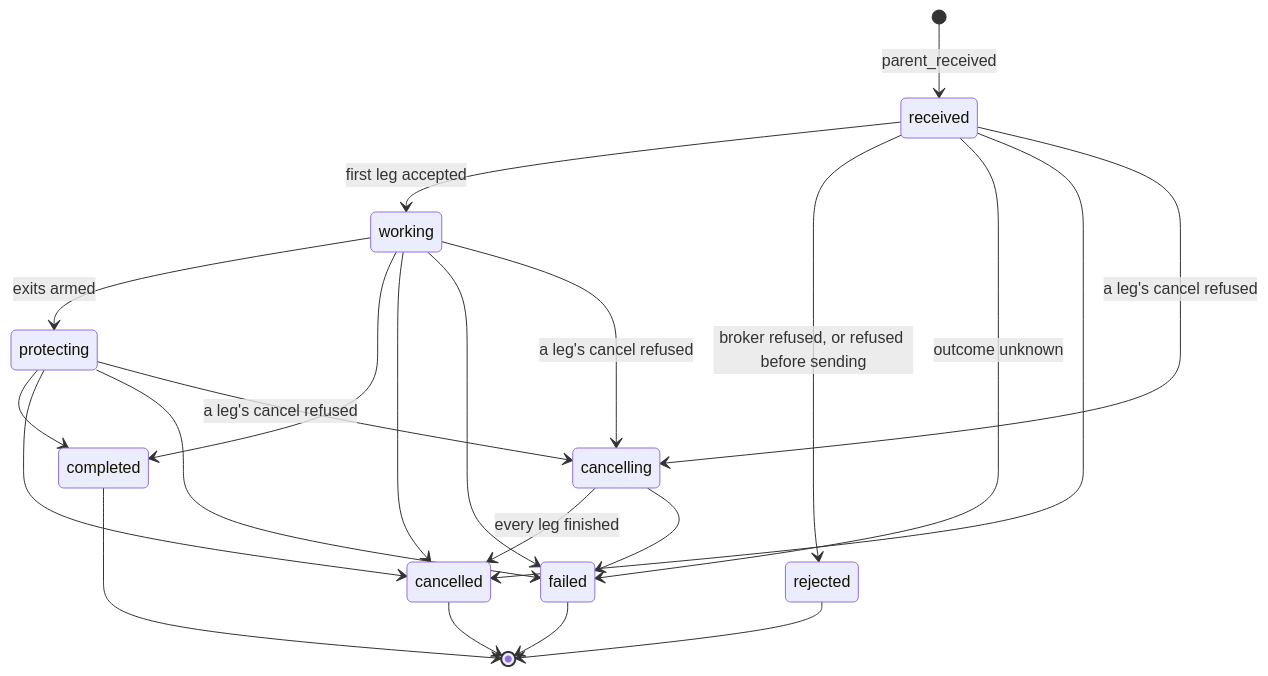
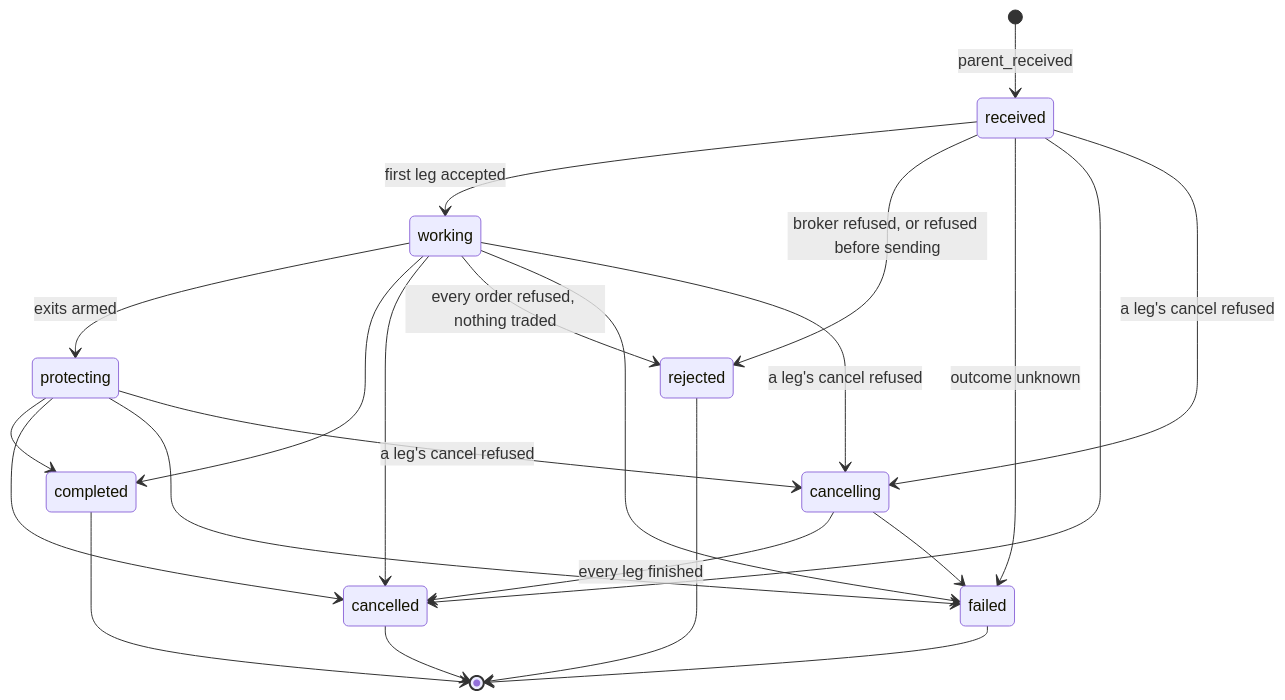
Before and after one commit to pramodathani/unified_broker_interface: the diagram in docs/rest-api/synthetic-orders.md, drawn with Mermaid. The commit also changed 4 other files, not shown here.

````diff
--- a/docs/rest-api/synthetic-orders.md
+++ b/docs/rest-api/synthetic-orders.md
@@ -206,24 +206,25 @@
 ```mermaid
 stateDiagram-v2
     [*] --> received: parent_received
     received --> working: first leg accepted
     received --> rejected: broker refused, or refused before sending
     received --> failed: outcome unknown
     received --> cancelled
     working --> protecting: exits armed
     working --> completed
     working --> cancelled
+    working --> rejected: every order refused, nothing traded
     working --> failed
     protecting --> completed
     protecting --> cancelled
     protecting --> failed
     received --> cancelling: a leg's cancel refused
     working --> cancelling: a leg's cancel refused
     protecting --> cancelling: a leg's cancel refused
     cancelling --> cancelled: every leg finished
     cancelling --> failed
     completed --> [*]
     cancelled --> [*]
     rejected --> [*]
     failed --> [*]
 ```
````
